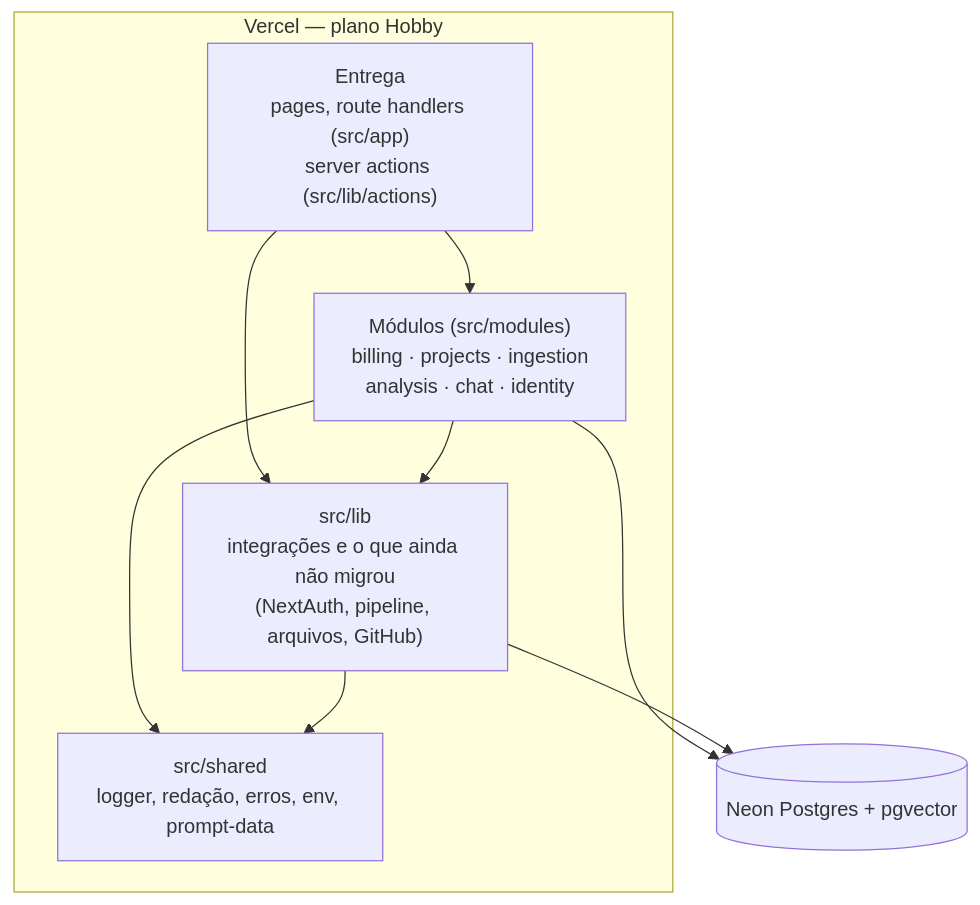
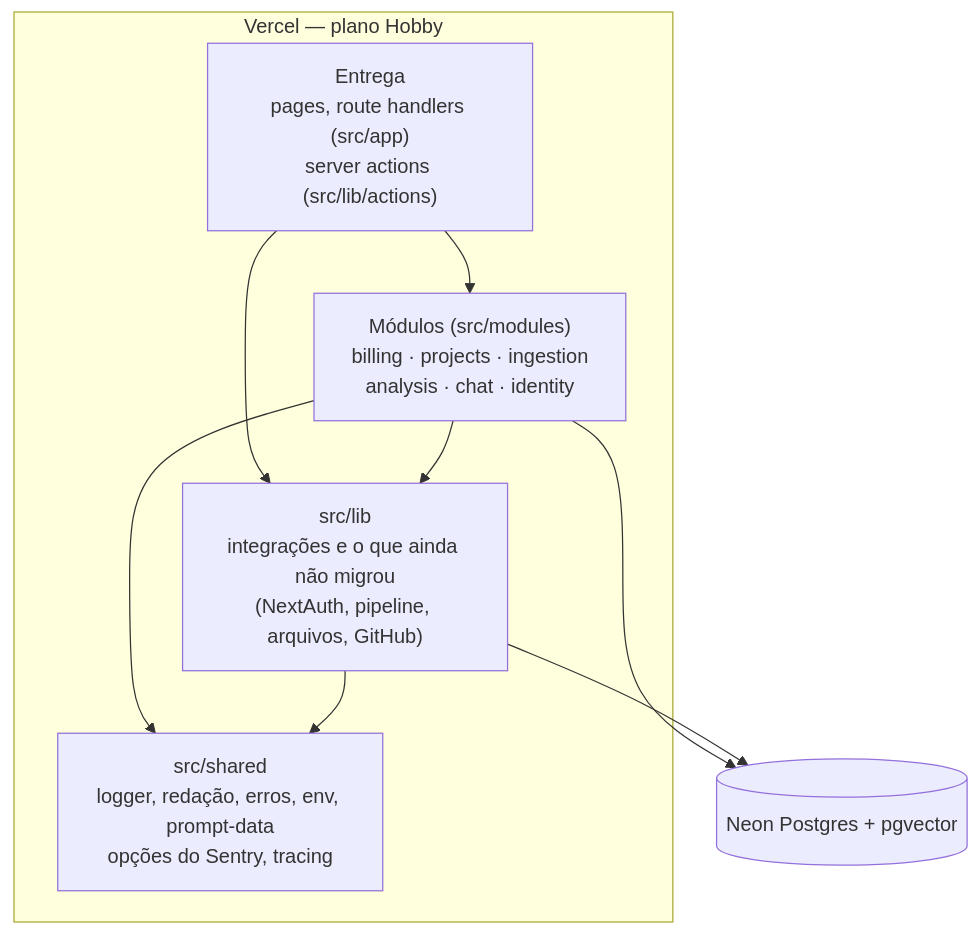
Before and after one commit to renatomf/nextjs-code-analyzer: the diagram in docs/architecture.md, drawn with Mermaid. The commit also changed other lines of this file and 2 other files, not shown here.

First line of the commit message:
docs: close Phase 4 — architecture with observability and LLM cost, retro facts (#85)

````diff
--- a/docs/architecture.md
+++ b/docs/architecture.md
@@ -19,18 +20,18 @@
 ```mermaid
 flowchart TB
   subgraph vercel[Vercel — plano Hobby]
     delivery["Entrega<br/>pages, route handlers (src/app)<br/>server actions (src/lib/actions)"]
     modules["Módulos (src/modules)<br/>billing · projects · ingestion<br/>analysis · chat · identity"]
     lib["src/lib<br/>integrações e o que ainda não migrou<br/>(NextAuth, pipeline, arquivos, GitHub)"]
-    shared["src/shared<br/>logger, redação, erros, env, prompt-data"]
+    shared["src/shared<br/>logger, redação, erros, env, prompt-data<br/>opções do Sentry, tracing"]
   end
   neon[(Neon Postgres + pgvector)]
 
   delivery --> modules
   delivery --> lib
   modules --> lib
   modules --> shared
   lib --> shared
   modules --> neon
   lib --> neon
 ```
````
